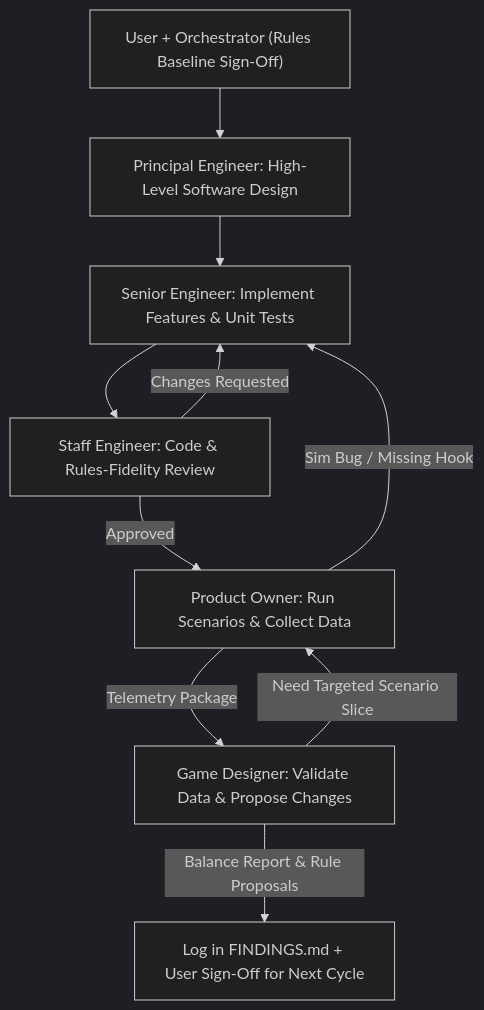
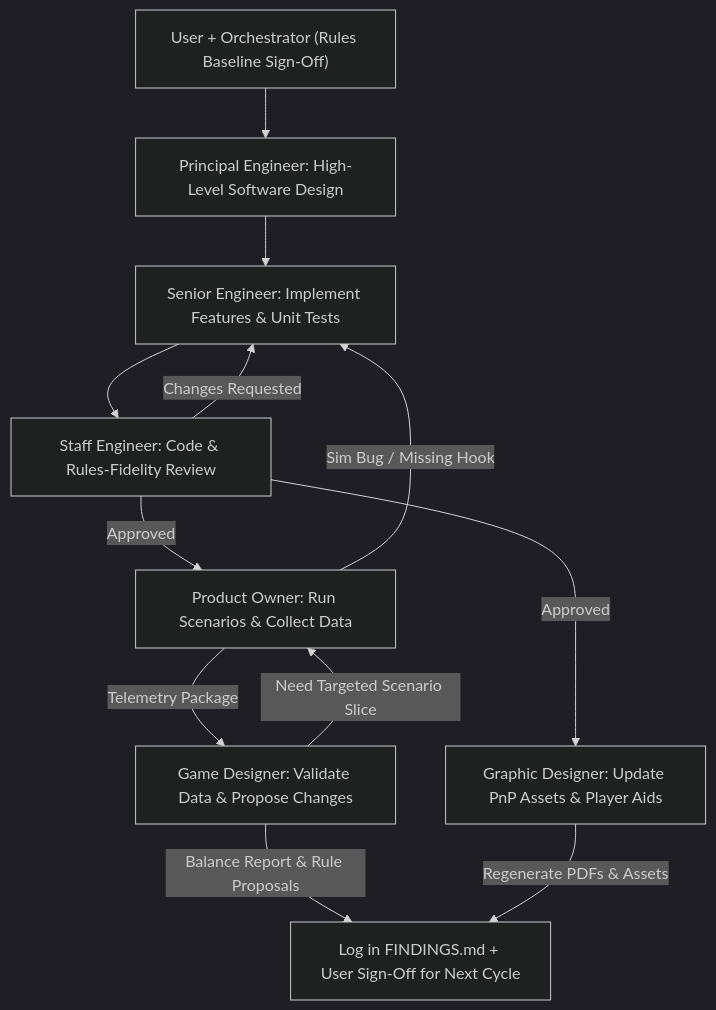
One commit to mbetzel/rogue-agent-game changed the diagram in PLAN.md. Above: the diagram before and after it, drawn with Mermaid (dark theme). The commit also changed other lines of this file and 29 other files, not shown here.

````diff
--- a/PLAN.md
+++ b/PLAN.md
@@ -59,12 +67,14 @@
 ```mermaid
 flowchart TD
     U["User + Orchestrator (Rules Baseline Sign-Off)"] --> PE["Principal Engineer: High-Level Software Design"]
     PE --> SE["Senior Engineer: Implement Features & Unit Tests"]
     SE --> STE["Staff Engineer: Code & Rules-Fidelity Review"]
     STE -- "Changes Requested" --> SE
     STE -- "Approved" --> PO["Product Owner: Run Scenarios & Collect Data"]
     PO -- "Sim Bug / Missing Hook" --> SE
     PO -- "Telemetry Package" --> GD["Game Designer: Validate Data & Propose Changes"]
     GD -- "Need Targeted Scenario Slice" --> PO
     GD -- "Balance Report & Rule Proposals" --> OUT["Log in FINDINGS.md + User Sign-Off for Next Cycle"]
+    STE -- "Approved" --> GDES["Graphic Designer: Update PnP Assets & Player Aids"]
+    GDES -- "Regenerate PDFs & Assets" --> OUT
 ```
````
